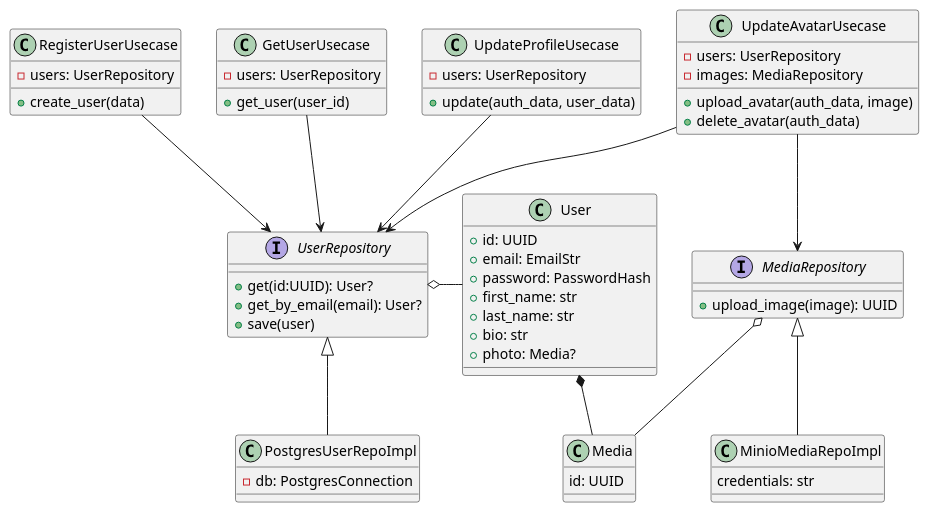
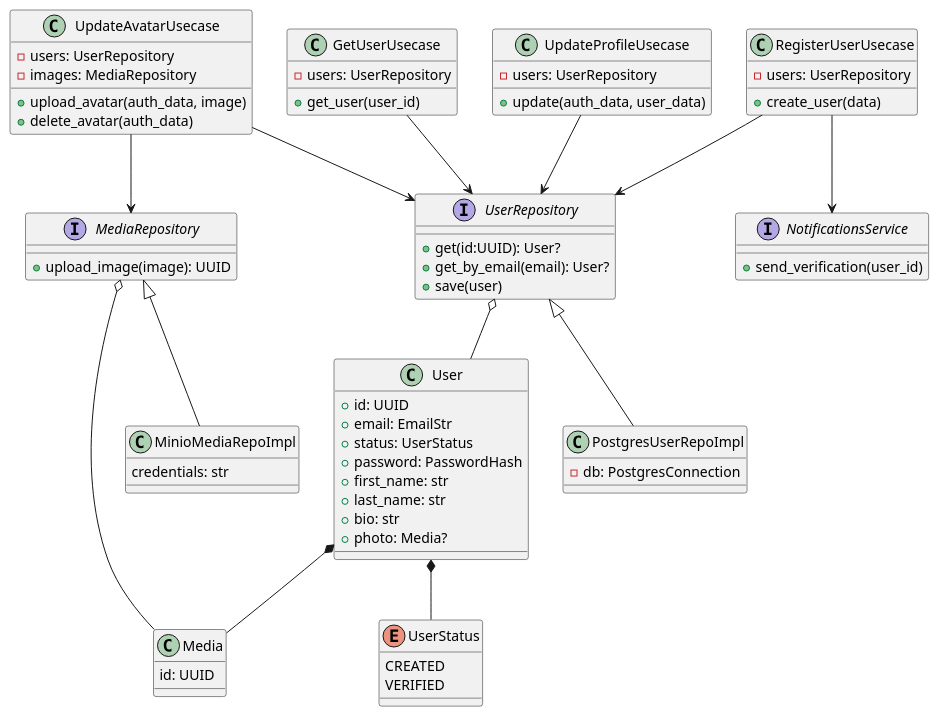
One commit to kluchi/diagrams changed the diagram in classes.puml. Above: the diagram before and after it, drawn with PlantUML. The commit also changed 4 other files, not shown here.

```diff
--- a/classes.puml
+++ b/classes.puml
@@ -1,77 +1,91 @@
 @startuml classes
 
 class RegisterUserUsecase {
     - users: UserRepository
     + create_user(data)
 }
 RegisterUserUsecase --> UserRepository
 
 
 class GetUserUsecase {
     - users: UserRepository
     + get_user(user_id)
 }
 GetUserUsecase --> UserRepository
 
 class UpdateProfileUsecase {
     - users: UserRepository
     + update(auth_data, user_data)
 }
 UpdateProfileUsecase --> UserRepository
 
 
 class UpdateAvatarUsecase {
     - users: UserRepository
     - images: MediaRepository
     + upload_avatar(auth_data, image)
     + delete_avatar(auth_data)
 }
 UpdateAvatarUsecase --> UserRepository
 UpdateAvatarUsecase --> MediaRepository
 
 
 class User {
     + id: UUID
     + email: EmailStr
+    + status: UserStatus
     + password: PasswordHash
     + first_name: str
     + last_name: str
     + bio: str
     + photo: Media?
 }
 
+enum UserStatus {
+    CREATED
+    VERIFIED
+}
+
 User *-- Media
+
+User *-- UserStatus
 
 class Media {
     id: UUID
 }
 
 interface UserRepository {
     + get(id:UUID): User?
     + get_by_email(email): User?
     + save(user)
 }
 
 
-UserRepository o-r- User
+UserRepository o-- User
 
 class PostgresUserRepoImpl {
     - db: PostgresConnection
 }
 
 PostgresUserRepoImpl -u-|> UserRepository
 
 interface MediaRepository {
     + upload_image(image): UUID
 }
 
 MediaRepository o-- Media
 
 class MinioMediaRepoImpl {
     credentials: str
 }
 
 MinioMediaRepoImpl -u-|> MediaRepository
 
+RegisterUserUsecase --> NotificationsService
+
+interface NotificationsService {
+    + send_verification(user_id)
+}
+
 
 @enduml
```
